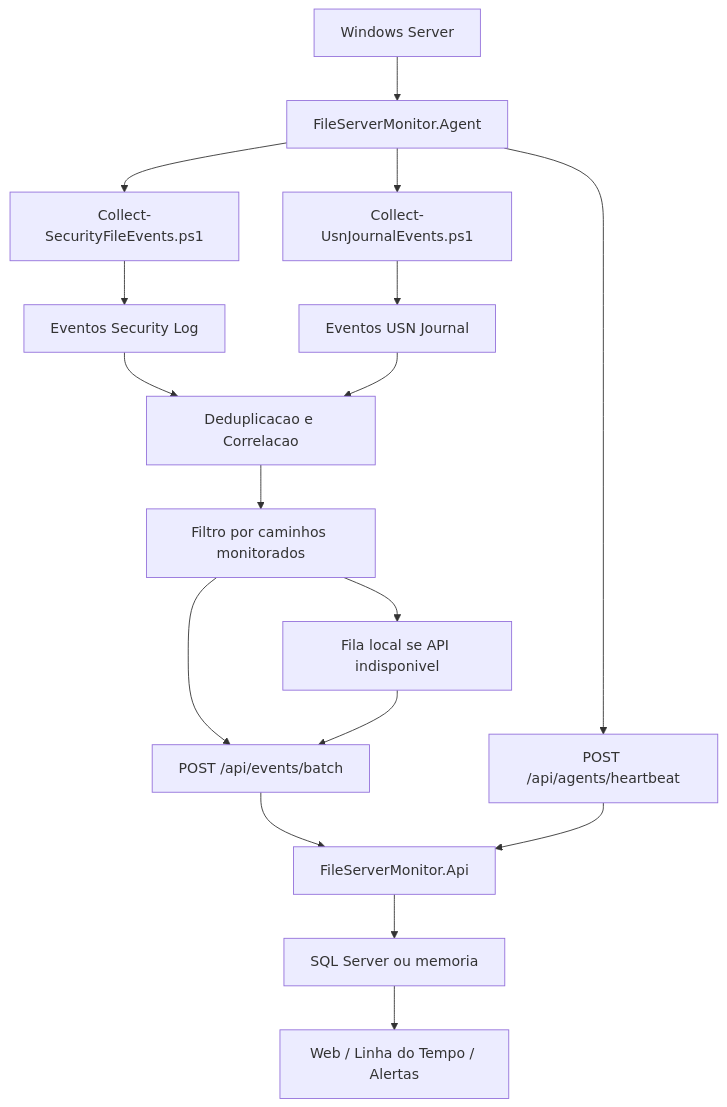
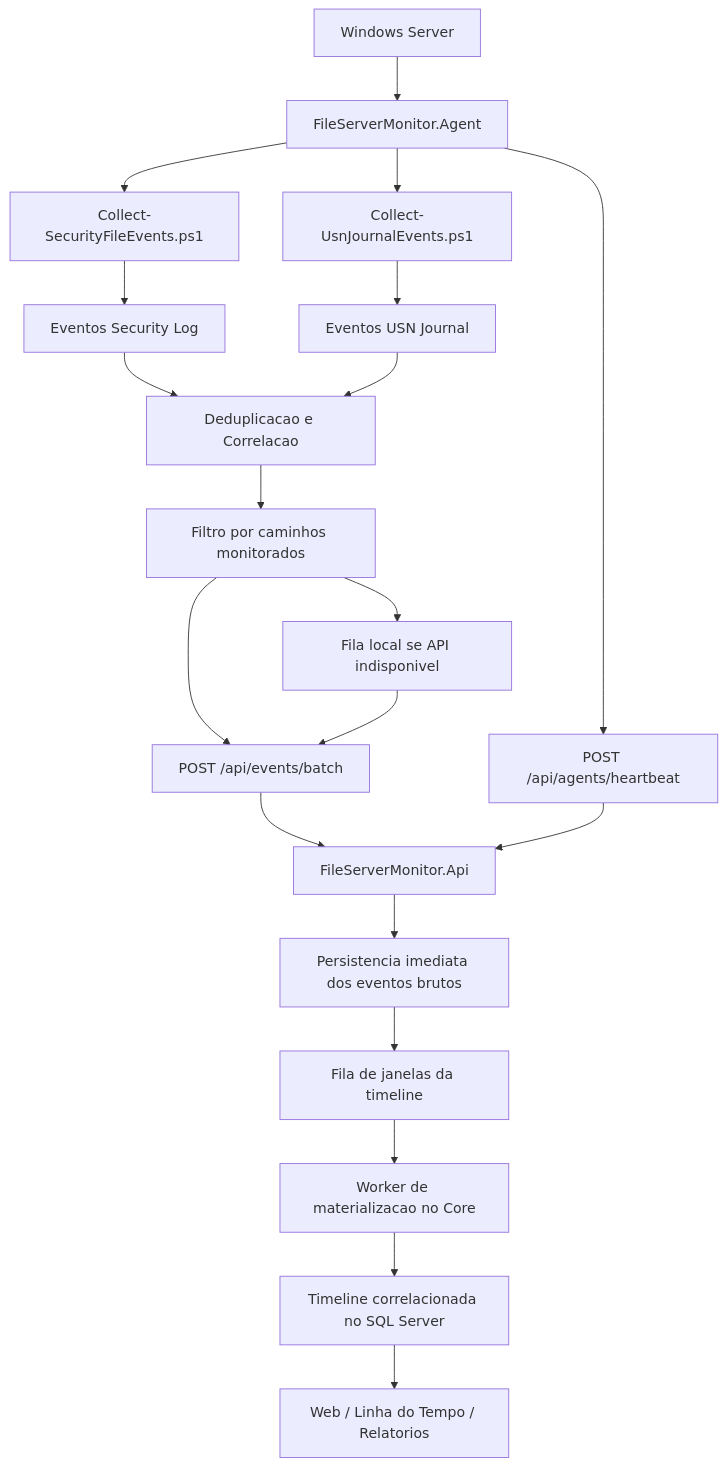
One commit to anphibio/FileServer changed the diagram in docs/coleta-envio-agente-api.md. Above: the diagram before and after it, drawn with Mermaid. The commit also changed other lines of this file and 10 other files, not shown here.

Commit message:
fix: harden event ingestion and timeline materialization

````diff
--- a/docs/coleta-envio-agente-api.md
+++ b/docs/coleta-envio-agente-api.md
@@ -502,19 +504,22 @@
 ```mermaid
 flowchart TD
     A["Windows Server"] --> B["FileServerMonitor.Agent"]
     B --> C["Collect-SecurityFileEvents.ps1"]
     B --> D["Collect-UsnJournalEvents.ps1"]
     C --> E["Eventos Security Log"]
     D --> F["Eventos USN Journal"]
     E --> G["Deduplicacao e Correlacao"]
     F --> G
     G --> H["Filtro por caminhos monitorados"]
     H --> I["Fila local se API indisponivel"]
     H --> J["POST /api/events/batch"]
     I --> J
     B --> K["POST /api/agents/heartbeat"]
     J --> L["FileServerMonitor.Api"]
     K --> L
-    L --> M["SQL Server ou memoria"]
-    M --> N["Web / Linha do Tempo / Alertas"]
+    L --> M["Persistencia imediata dos eventos brutos"]
+    M --> O["Fila de janelas da timeline"]
+    O --> P["Worker de materializacao no Core"]
+    P --> Q["Timeline correlacionada no SQL Server"]
+    Q --> N["Web / Linha do Tempo / Relatorios"]
 ```
````
